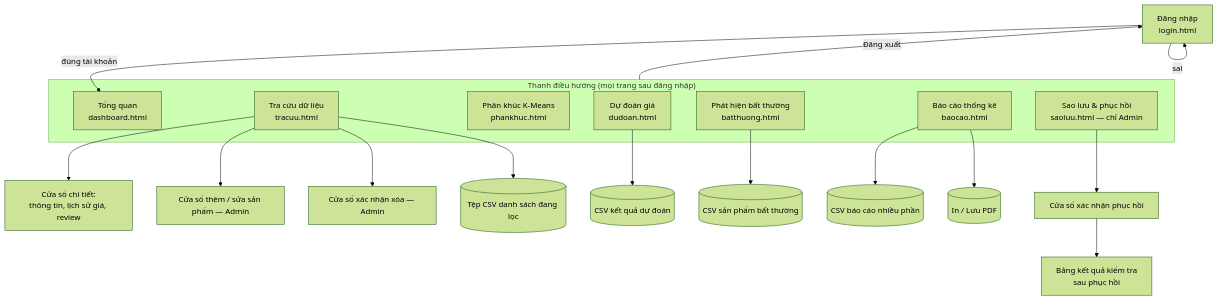
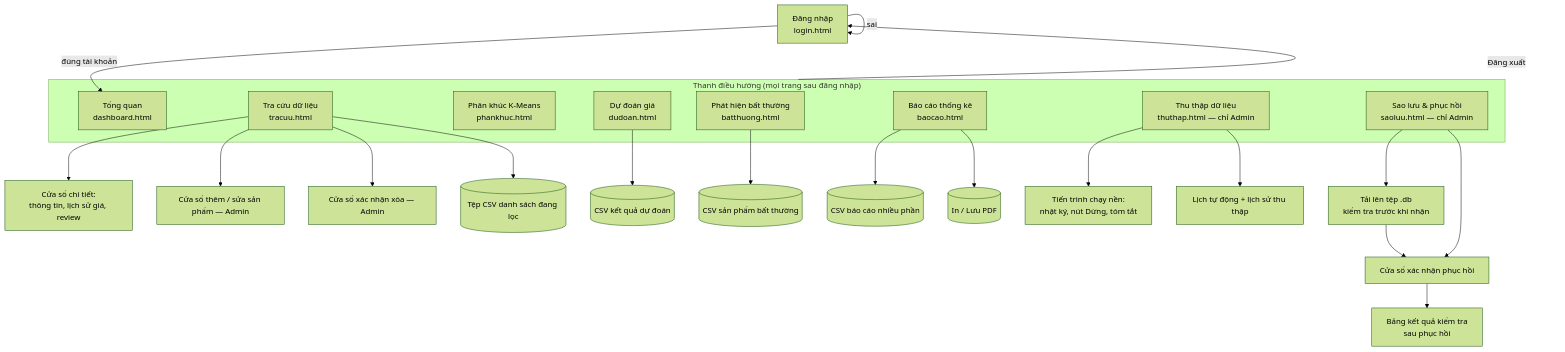
Before and after one commit to Mthu06/BEAUTYPRICE_INTELLIGENCE: the first of 6 diagrams in reports/SO_DO_MAN_HINH.md, drawn with Mermaid (forest theme). The commit also changed other lines of this file and 36 other files, not shown here.

First line of the commit message:
Cập nhật tài liệu theo dữ liệu gốc 5.657 sản phẩm và các chức năng mới

````diff
--- a/reports/SO_DO_MAN_HINH.md
+++ b/reports/SO_DO_MAN_HINH.md
@@ -13,25 +13,30 @@
 ```mermaid
 flowchart TD
     L[Đăng nhập<br/>login.html] -->|đúng tài khoản| D[Tổng quan<br/>dashboard.html]
     L -->|sai| L
     subgraph Menu["Thanh điều hướng (mọi trang sau đăng nhập)"]
         D
         T[Tra cứu dữ liệu<br/>tracuu.html]
         P[Phân khúc K-Means<br/>phankhuc.html]
         F[Dự đoán giá<br/>dudoan.html]
         A[Phát hiện bất thường<br/>batthuong.html]
         B[Báo cáo thống kê<br/>baocao.html]
+        C[Thu thập dữ liệu<br/>thuthap.html — chỉ Admin]
         S[Sao lưu & phục hồi<br/>saoluu.html — chỉ Admin]
     end
     T --> TD[Cửa sổ chi tiết:<br/>thông tin, lịch sử giá, review]
     T --> TF[Cửa sổ thêm / sửa sản phẩm — Admin]
     T --> TX[Cửa sổ xác nhận xóa — Admin]
     T --> CSV1[(Tệp CSV danh sách đang lọc)]
     F --> CSV2[(CSV kết quả dự đoán)]
     A --> CSV3[(CSV sản phẩm bất thường)]
     B --> CSV4[(CSV báo cáo nhiều phần)]
     B --> PDF[(In / Lưu PDF)]
+    C --> CJ[Tiến trình chạy nền:<br/>nhật ký, nút Dừng, tóm tắt]
+    C --> CL[Lịch tự động + lịch sử thu thập]
+    S --> SU[Tải lên tệp .db<br/>kiểm tra trước khi nhận]
+    SU --> SC
     S --> SC[Cửa sổ xác nhận phục hồi]
     SC --> SR[Bảng kết quả kiểm tra<br/>sau phục hồi]
     Menu -->|Đăng xuất| L
 ```
````
